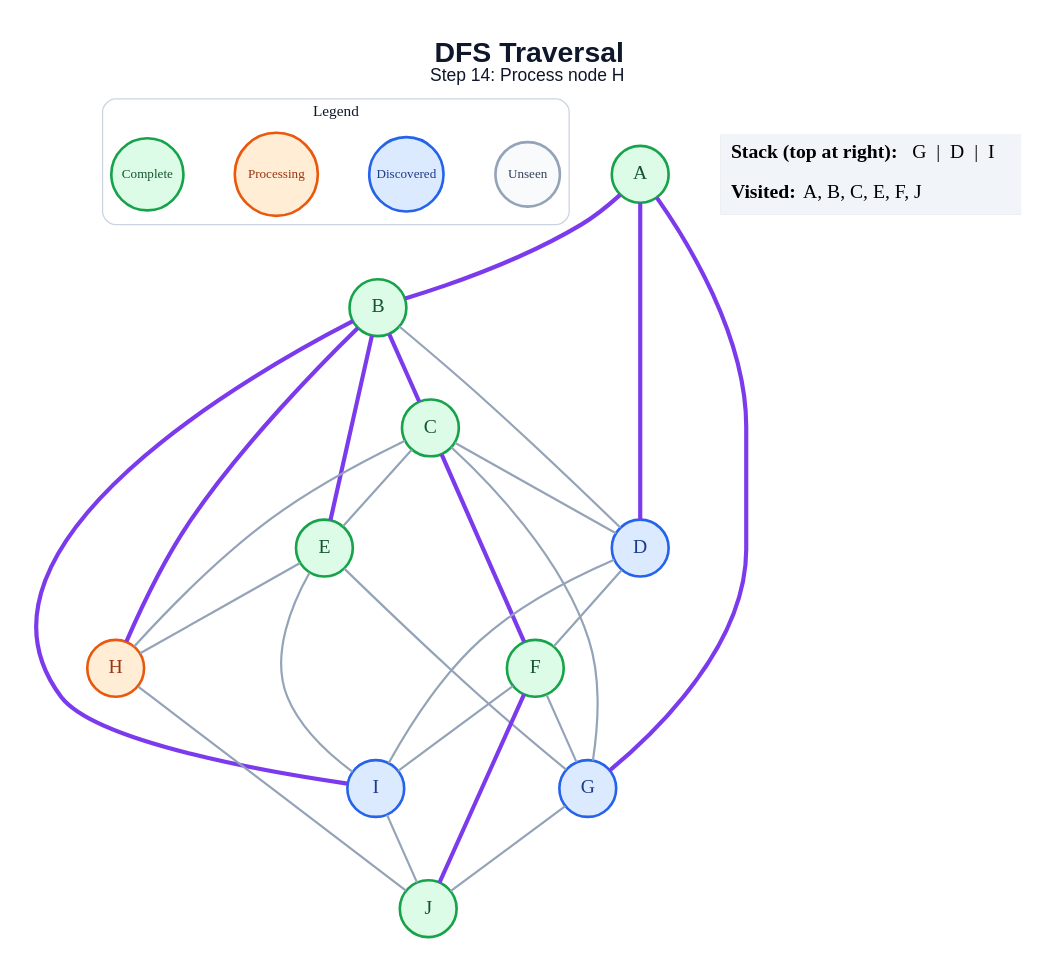
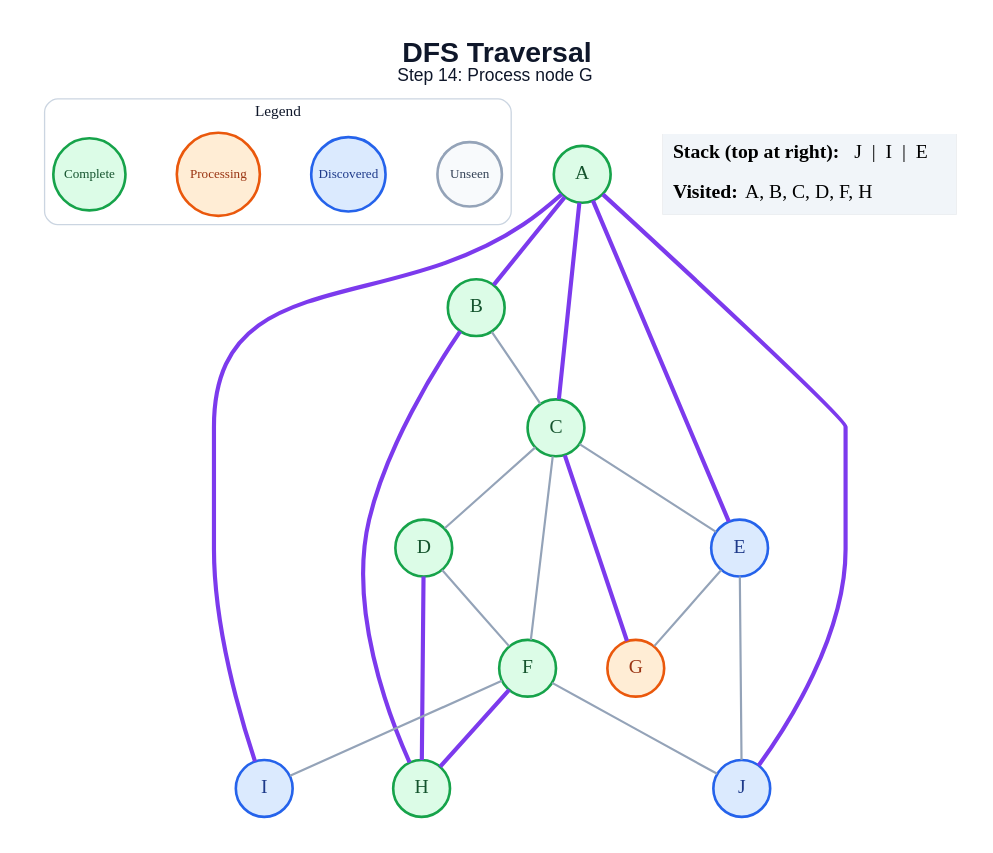
Before and after one commit to amanghodawala9/ai-slop: the diagram in generated/dfs/step_14.dot, drawn with Graphviz. The commit also changed 178 other files, not shown here.

```diff
--- a/generated/dfs/step_14.dot
+++ b/generated/dfs/step_14.dot
@@ -1,53 +1,47 @@
 graph traversal {
   graph [layout=dot, rankdir=TB, bgcolor="#FFFFFF", pad="0.35", nodesep="0.65", ranksep="0.8", fontname="Arial"];
   node [shape=circle, style="filled", fontname="Arial Bold", fontsize=18, width=0.72, fixedsize=true, penwidth=2.4];
   edge [color="#94A3B8", penwidth=2.0];
-  label=<<B>DFS Traversal</B><BR/><FONT POINT-SIZE="16">Step 14: Process node H</FONT>>; labelloc="t"; fontsize=26; fontname="Arial"; fontcolor="#0F172A";
+  label=<<B>DFS Traversal</B><BR/><FONT POINT-SIZE="16">Step 14: Process node G</FONT>>; labelloc="t"; fontsize=26; fontname="Arial"; fontcolor="#0F172A";
   subgraph cluster_legend { label="Legend"; color="#CBD5E1"; penwidth=1.2; style="rounded"; fontsize=14; fontname="Arial Bold";
     key_unseen [label="Unseen", fillcolor="#F8FAFC", color="#94A3B8", fontcolor="#334155", fontsize=12, width=0.82];
     key_frontier [label="Discovered", fillcolor="#DBEAFE", color="#2563EB", fontcolor="#1E3A8A", fontsize=12, width=0.95];
     key_current [label="Processing", fillcolor="#FFEDD5", color="#EA580C", fontcolor="#9A3412", fontsize=12, width=1.05];
     key_done [label="Complete", fillcolor="#DCFCE7", color="#16A34A", fontcolor="#14532D", fontsize=12, width=0.92];
     { rank=same; key_unseen; key_frontier; key_current; key_done; }
   }
   A [fillcolor="#DCFCE7", color="#16A34A", fontcolor="#14532D"];
   B [fillcolor="#DCFCE7", color="#16A34A", fontcolor="#14532D"];
   C [fillcolor="#DCFCE7", color="#16A34A", fontcolor="#14532D"];
-  D [fillcolor="#DBEAFE", color="#2563EB", fontcolor="#1E3A8A"];
-  E [fillcolor="#DCFCE7", color="#16A34A", fontcolor="#14532D"];
+  D [fillcolor="#DCFCE7", color="#16A34A", fontcolor="#14532D"];
+  E [fillcolor="#DBEAFE", color="#2563EB", fontcolor="#1E3A8A"];
   F [fillcolor="#DCFCE7", color="#16A34A", fontcolor="#14532D"];
-  G [fillcolor="#DBEAFE", color="#2563EB", fontcolor="#1E3A8A"];
-  H [fillcolor="#FFEDD5", color="#EA580C", fontcolor="#9A3412"];
+  G [fillcolor="#FFEDD5", color="#EA580C", fontcolor="#9A3412"];
+  H [fillcolor="#DCFCE7", color="#16A34A", fontcolor="#14532D"];
   I [fillcolor="#DBEAFE", color="#2563EB", fontcolor="#1E3A8A"];
-  J [fillcolor="#DCFCE7", color="#16A34A", fontcolor="#14532D"];
+  J [fillcolor="#DBEAFE", color="#2563EB", fontcolor="#1E3A8A"];
   A -- B [color="#7C3AED", penwidth=3.8];
-  A -- D [color="#7C3AED", penwidth=3.8];
-  A -- G [color="#7C3AED", penwidth=3.8];
-  B -- C [color="#7C3AED", penwidth=3.8];
-  B -- D;
-  B -- E [color="#7C3AED", penwidth=3.8];
+  A -- C [color="#7C3AED", penwidth=3.8];
+  A -- E [color="#7C3AED", penwidth=3.8];
+  A -- I [color="#7C3AED", penwidth=3.8];
+  A -- J [color="#7C3AED", penwidth=3.8];
+  B -- C;
   B -- H [color="#7C3AED", penwidth=3.8];
-  B -- I [color="#7C3AED", penwidth=3.8];
   C -- D;
   C -- E;
-  C -- F [color="#7C3AED", penwidth=3.8];
-  C -- G;
-  C -- H;
+  C -- F;
+  C -- G [color="#7C3AED", penwidth=3.8];
   D -- F;
-  D -- I;
+  D -- H [color="#7C3AED", penwidth=3.8];
   E -- G;
-  E -- H;
-  E -- I;
-  F -- G;
+  E -- J;
+  F -- H [color="#7C3AED", penwidth=3.8];
   F -- I;
-  F -- J [color="#7C3AED", penwidth=3.8];
-  G -- J;
-  H -- J;
-  I -- J;
+  F -- J;
   status [shape=plain, fixedsize=false, width=0, height=0, margin=0, label=<
     <TABLE BORDER="0" CELLBORDER="0" CELLPADDING="7" BGCOLOR="#F1F5F9">
-      <TR><TD ALIGN="LEFT"><B>Stack (top at right):</B> G  |  D  |  I</TD></TR>
-      <TR><TD ALIGN="LEFT"><B>Visited:</B> A, B, C, E, F, J</TD></TR>
+      <TR><TD ALIGN="LEFT"><B>Stack (top at right):</B> J  |  I  |  E</TD></TR>
+      <TR><TD ALIGN="LEFT"><B>Visited:</B> A, B, C, D, F, H</TD></TR>
     </TABLE>
   >];
 }
```
